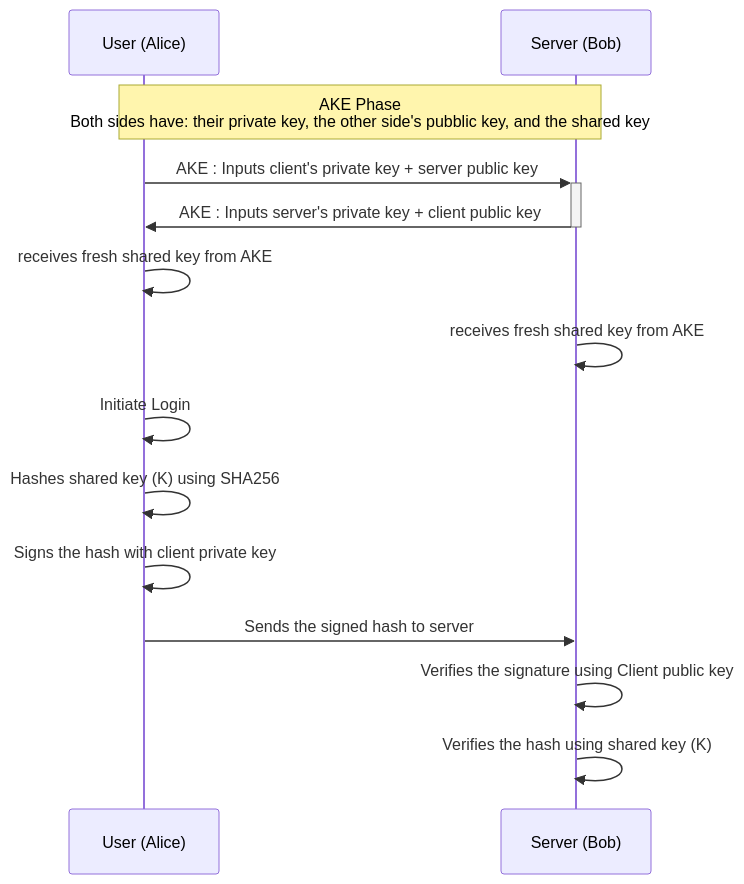
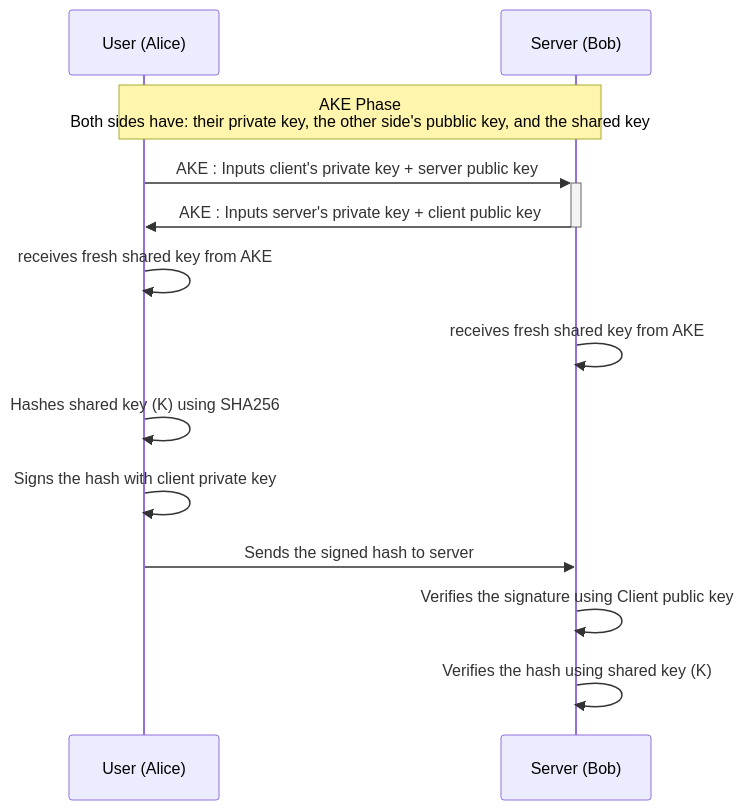
Before and after one commit to GuillaumeDorschner/ESILV-Cryptography-S8-2: the fourth of 4 diagrams in README.md, drawn with Mermaid.

````diff
--- a/README.md
+++ b/README.md
@@ -100,17 +100,16 @@
     ```mermaid
     sequenceDiagram
     participant U as User (Alice)
     participant S as Server (Bob)
 
     Note over U,S: AKE Phase <br> Both sides have: their private key, the other side's pubblic key, and the shared key
         U->>+S: AKE : Inputs client's private key + server public key
         S->>-U: AKE : Inputs server's private key + client public key
         U->>U: receives fresh shared key from AKE
         S->>S: receives fresh shared key from AKE
-        U->>U: Initiate Login
         U->>U: Hashes shared key (K) using SHA256
         U->>U: Signs the hash with client private key
         U->>S: Sends the signed hash to server
         S->>S: Verifies the signature using Client public key
         S->>S: Verifies the hash using shared key (K)
     ```
````
